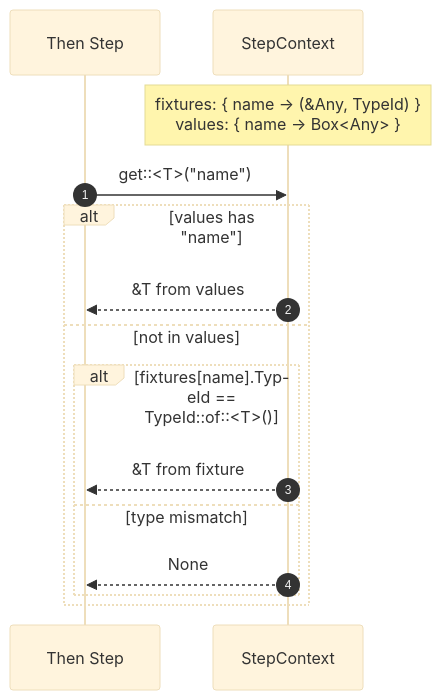
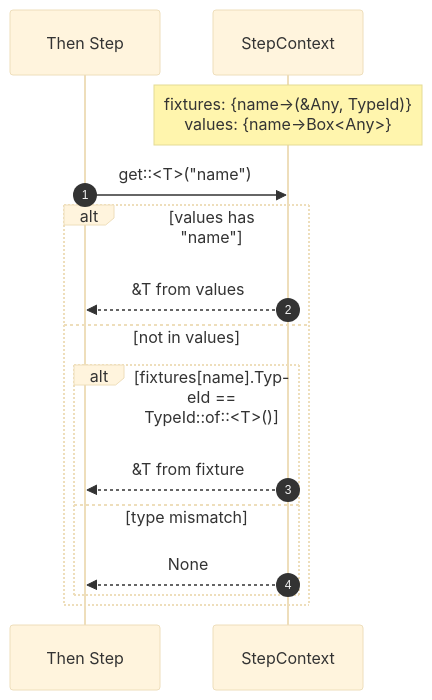
One commit to leynos/rstest-bdd changed diagram 13 of 14 in docs/rstest-bdd-design.md. Above: the diagram before and after it, drawn with Mermaid (base theme). The commit also changed 5 other files, not shown here.

````diff
--- a/docs/rstest-bdd-design.md
+++ b/docs/rstest-bdd-design.md
@@ -1445,18 +1445,18 @@
 ```mermaid
 sequenceDiagram
   autonumber
   participant Then as Then Step
   participant Ctx as StepContext
 
-  Note over Ctx: fixtures: { name -> (&Any, TypeId) }<br/>values: { name -> Box<Any> }
+  Note over Ctx: fixtures: {name->(&Any, TypeId)}<br/>values: {name->Box<Any>}
   Then->>Ctx: get::<T>("name")
   alt values has "name"
     Ctx-->>Then: &T from values
   else not in values
     alt fixtures[name].TypeId == TypeId::of::<T>()
       Ctx-->>Then: &T from fixture
     else type mismatch
       Ctx-->>Then: None
     end
   end
 ```
````
